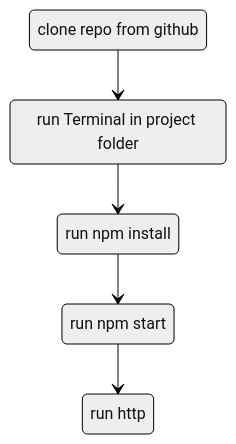
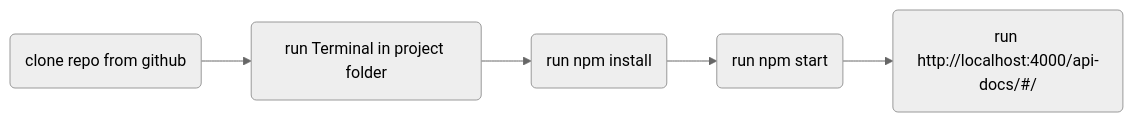
One commit to justdReas/right2drive-backend changed the diagram in README.md. Above: the diagram before and after it, drawn with Mermaid (neutral theme).

````diff
--- a/README.md
+++ b/README.md
@@ -40,12 +40,7 @@
 ```mermaid
-stateDiagram
-    A: clone repo from github
-    B: run Terminal in project folder
-    C: run npm install
-    D: run npm start
-    E: run http
-    A --> B
-    B --> C
-    C --> D
-    D --> E
+flowchart LR
+    A(clone repo from github) --> B(run Terminal in project folder)
+    B(run Terminal in project folder) --> C(run npm install)
+    C(run npm install) --> D(run npm start)
+    D(run npm start) --> E(run http://localhost:4000/api-docs/#/)
 ```
````
